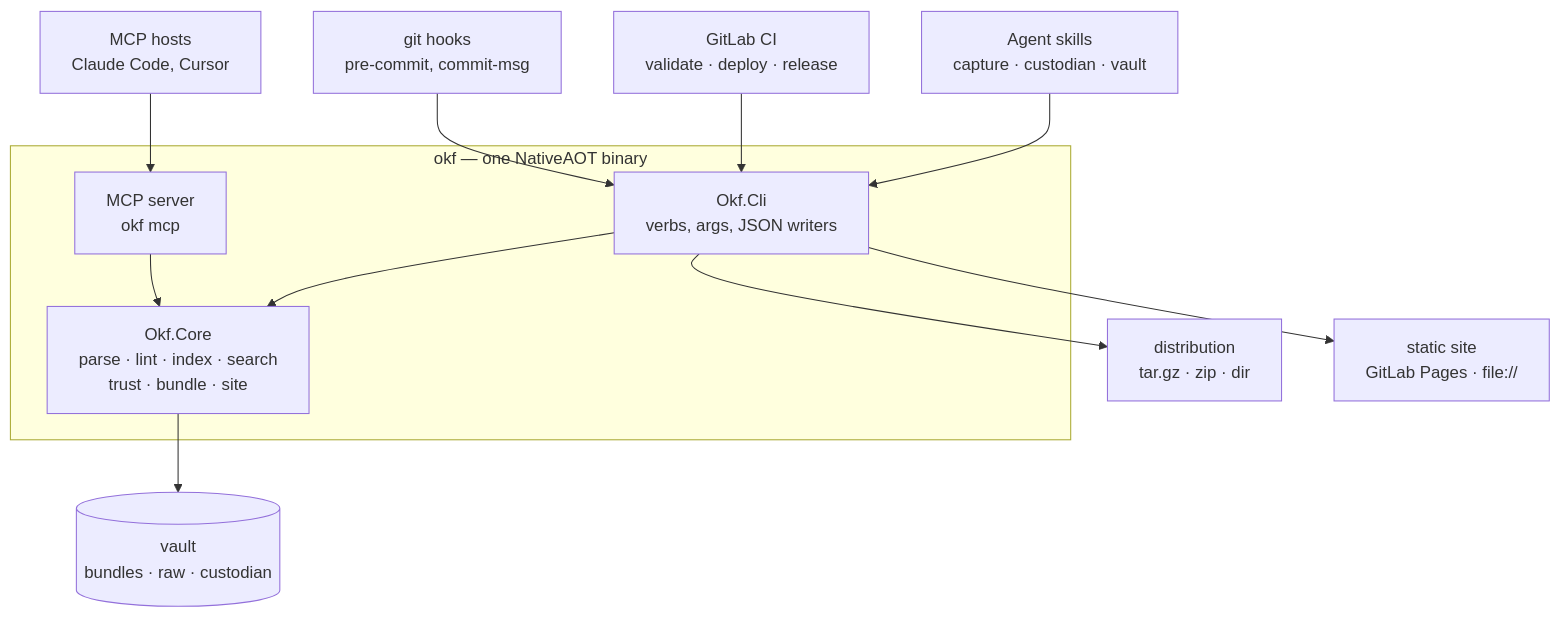
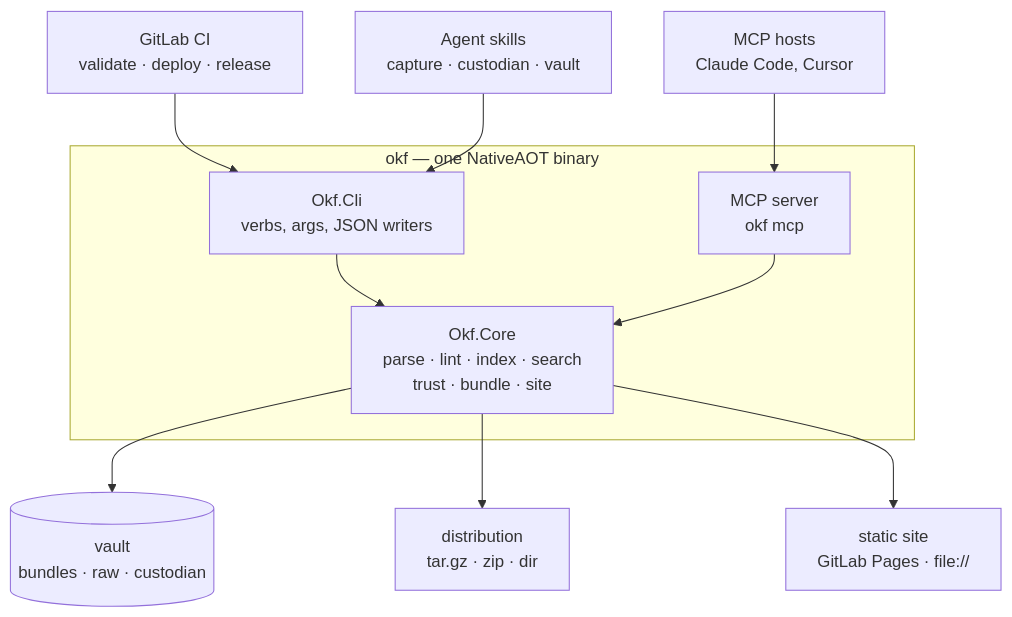
Before and after one commit to georgepharrison/okf-net: the second of 7 diagrams in docs/architecture.md, drawn with Mermaid. The commit also changed other lines of this file and 1 other file, not shown here.

First line of the commit message:
docs: correct the architecture-spine rules the code contradicts

````diff
--- a/docs/architecture.md
+++ b/docs/architecture.md
@@ -733,17 +785,16 @@
 ```mermaid
 flowchart TB
-    hooks["git hooks<br/>pre-commit, commit-msg"] --> cli
     ci["GitLab CI<br/>validate · deploy · release"] --> cli
     skills["Agent skills<br/>capture · custodian · vault"] --> cli
     hosts["MCP hosts<br/>Claude Code, Cursor"] --> mcp
     subgraph binary["okf — one NativeAOT binary"]
         cli["Okf.Cli<br/>verbs, args, JSON writers"]
         mcp["MCP server<br/>okf mcp"]
         core["Okf.Core<br/>parse · lint · index · search<br/>trust · bundle · site"]
     end
     cli --> core
     mcp --> core
     core --> vault[("vault<br/>bundles · raw · custodian")]
-    cli --> dist["distribution<br/>tar.gz · zip · dir"]
-    cli --> site["static site<br/>GitLab Pages · file://"]
+    core --> dist["distribution<br/>tar.gz · zip · dir"]
+    core --> site["static site<br/>GitLab Pages · file://"]
 ```
````
